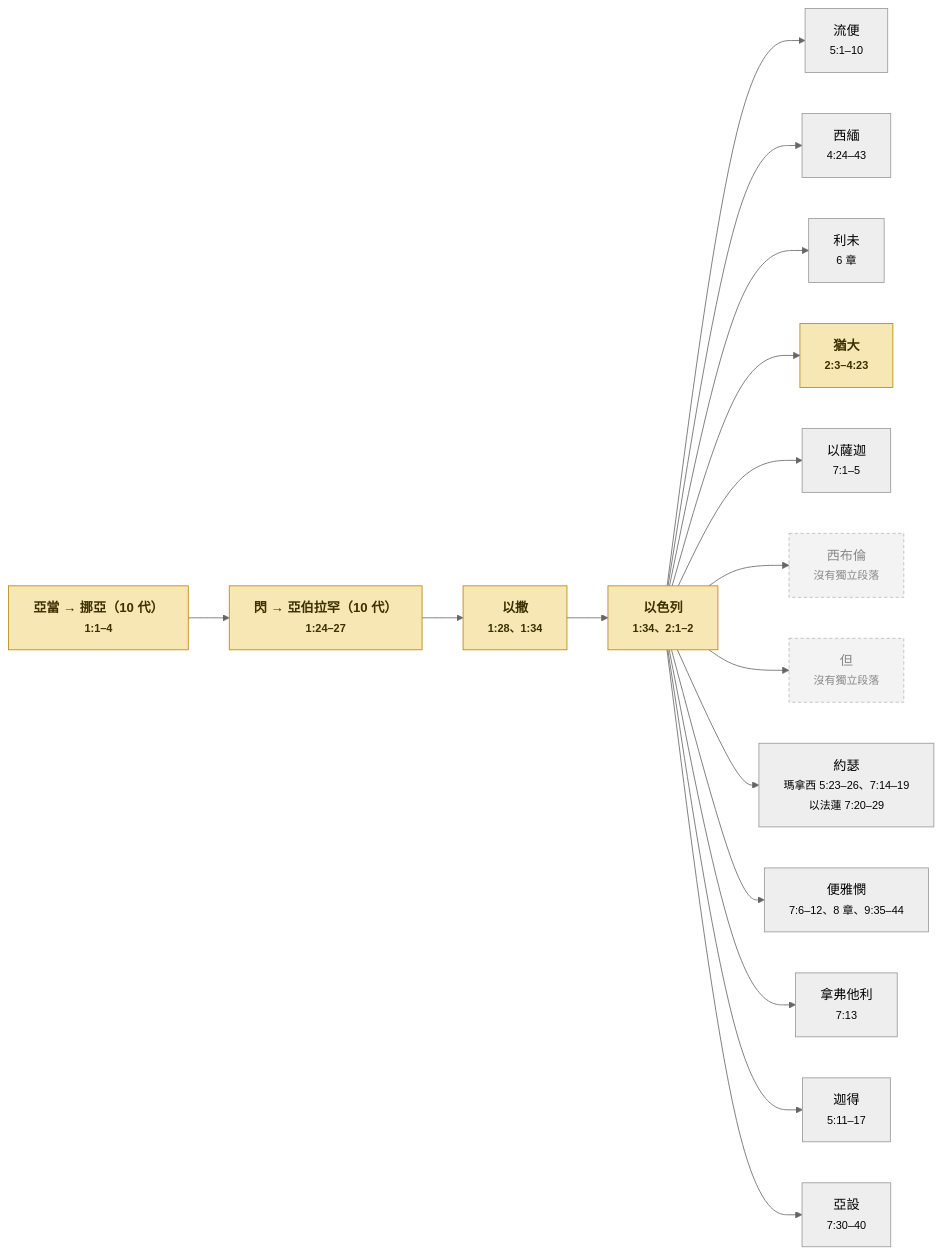
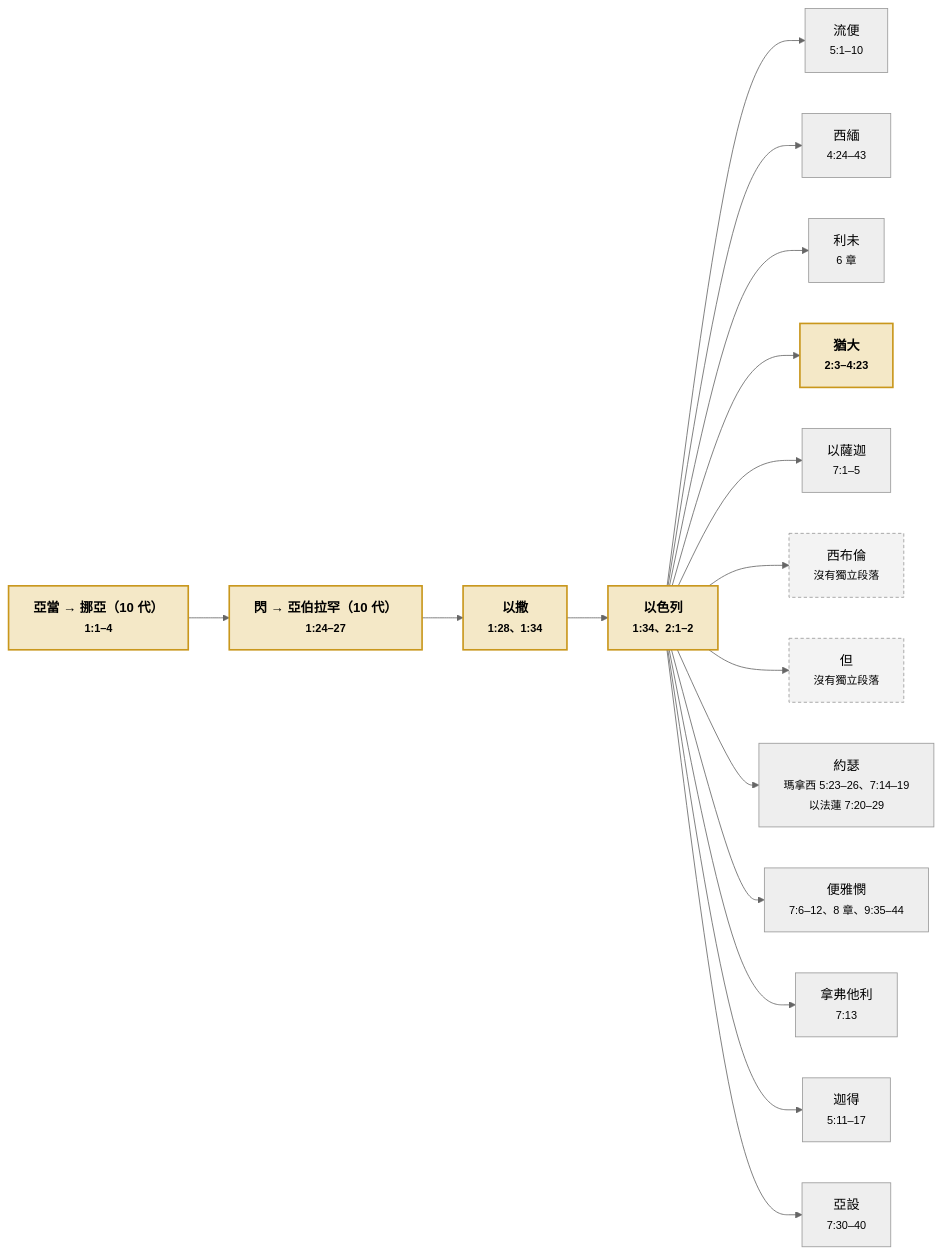
One commit to andyjr5566/Bible_wiki_zh changed the first of 33 diagrams in appendix/歷代志上的完整人物支線圖.md. Above: the diagram before and after it, drawn with Mermaid (neutral theme). The commit also changed other lines of this file and 3 other files, not shown here.

First line of the commit message:
歷代志上 1–9 章族譜附錄：暗色模式圖表改半透明底色，移除已追蹤的 pyc

````diff
--- a/appendix/歷代志上的完整人物支線圖.md
+++ b/appendix/歷代志上的完整人物支線圖.md
@@ -18,40 +18,40 @@
 ```mermaid
 flowchart LR
   s0["亞當 → 挪亞（10 代）<br/><small>1:1–4</small>"]
   s1["閃 → 亞伯拉罕（10 代）<br/><small>1:24–27</small>"]
   s0 --> s1
   s2["以撒<br/><small>1:28、1:34</small>"]
   s1 --> s2
   s3["以色列<br/><small>1:34、2:1–2</small>"]
   s2 --> s3
   t0["流便<br/><small>5:1–10</small>"]
   s3 --> t0
   t1["西緬<br/><small>4:24–43</small>"]
   s3 --> t1
   t2["利未<br/><small>6 章</small>"]
   s3 --> t2
   t3["猶大<br/><small>2:3–4:23</small>"]
   s3 --> t3
   class t3 main
   t4["以薩迦<br/><small>7:1–5</small>"]
   s3 --> t4
   t5["西布倫<br/><small>沒有獨立段落</small>"]
   s3 --> t5
   class t5 none
   t6["但<br/><small>沒有獨立段落</small>"]
   s3 --> t6
   class t6 none
   t7["約瑟<br/><small>瑪拿西 5:23–26、7:14–19<br/>以法蓮 7:20–29</small>"]
   s3 --> t7
   t8["便雅憫<br/><small>7:6–12、8 章、9:35–44</small>"]
   s3 --> t8
   t9["拿弗他利<br/><small>7:13</small>"]
   s3 --> t9
   t10["迦得<br/><small>5:11–17</small>"]
   s3 --> t10
   t11["亞設<br/><small>7:30–40</small>"]
   s3 --> t11
-  classDef main fill:#f6e7b4,stroke:#b8860b,color:#3d2f00,font-weight:bold
-  classDef none fill:#f3f3f3,stroke:#bbb,color:#888,stroke-dasharray:4 3
+  classDef main fill:#d4a82e44,stroke:#c9971c,stroke-width:2px,font-weight:bold
+  classDef none fill:#80808018,stroke:#999,stroke-dasharray:4 3
   class s0,s1,s2,s3 main
 ```
````
